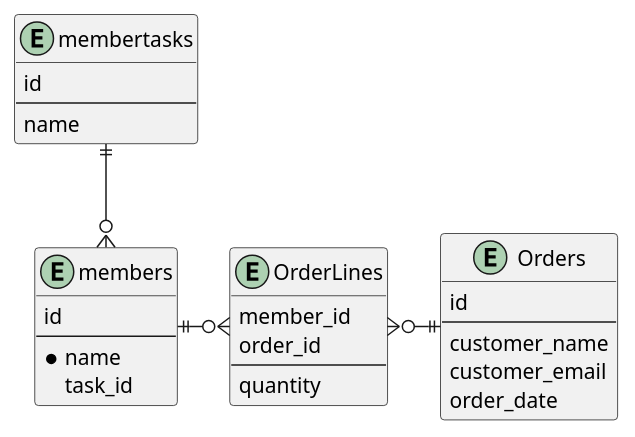
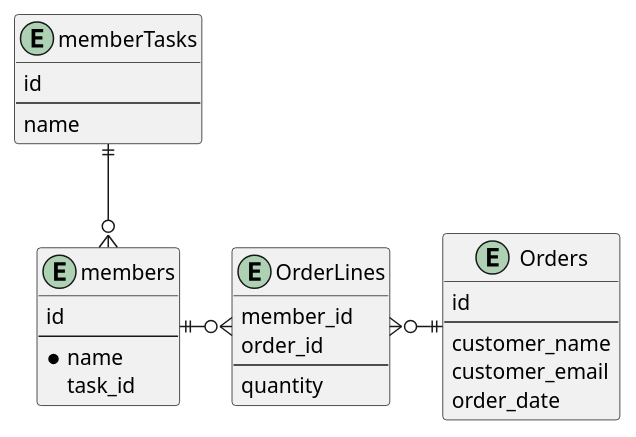
The diagram in docs/database_structure.puml (espenbakken/http-server123), drawn with PlantUML before and after one commit. The commit also changed 9 other files, not shown here.

Commit message:
Refactor: product/products -> member/members           category/categories -> task/tasks (CleanUp)

```diff
--- a/docs/database_structure.puml
+++ b/docs/database_structure.puml
@@ -1,35 +1,35 @@
 @startuml
 
 entity members {
     id
     --
     * name
     task_id
 }
 
-entity membertasks {
+entity memberTasks {
     id
     --
     name
 }
 
 entity Orders {
     id
     --
     customer_name
     customer_email
     order_date
 }
 
 entity OrderLines {
     member_id
     order_id
     --
     quantity
 }
 
-membertasks ||--o{ members
+memberTasks ||--o{ members
 members ||-o{ OrderLines
 OrderLines }o-|| Orders
 
 @enduml
```
